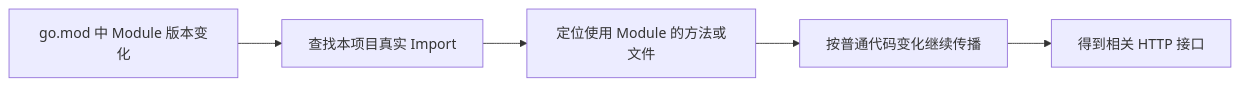
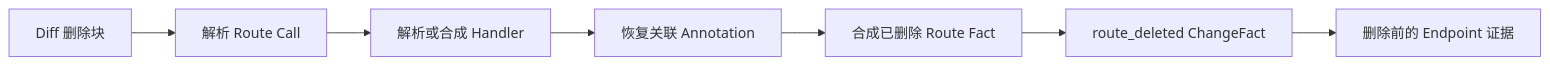
Diagram 15 of 17 in TECH-DESIGN-impact-analysis.md (Flying-Bird1999/go-analyzer), drawn with Mermaid before and after one commit. The commit also changed other lines of this file and 1 other file, not shown here.

````diff
--- a/TECH-DESIGN-impact-analysis.md
+++ b/TECH-DESIGN-impact-analysis.md
@@ -715,10 +1037,12 @@
 ```mermaid
 flowchart LR
-    MOD["go.mod 中 Module 版本变化"]
-    IMPORT["查找本项目真实 Import"]
-    SYMBOL["定位使用 Module 的方法或文件"]
-    WALK["按普通代码变化继续传播"]
-    ENDPOINT["得到相关 HTTP 接口"]
+    BLOCK["Diff 删除块"]
+    PARSE["解析 Route Call"]
+    HANDLER["解析或合成 Handler"]
+    ANNO["恢复关联 Annotation"]
+    ROUTE["合成已删除 Route Fact"]
+    CHANGE["route_deleted ChangeFact"]
+    ENDPOINT["删除前的 Endpoint 证据"]
 
-    MOD --> IMPORT --> SYMBOL --> WALK --> ENDPOINT
+    BLOCK --> PARSE --> HANDLER --> ANNO --> ROUTE --> CHANGE --> ENDPOINT
 ```
````
